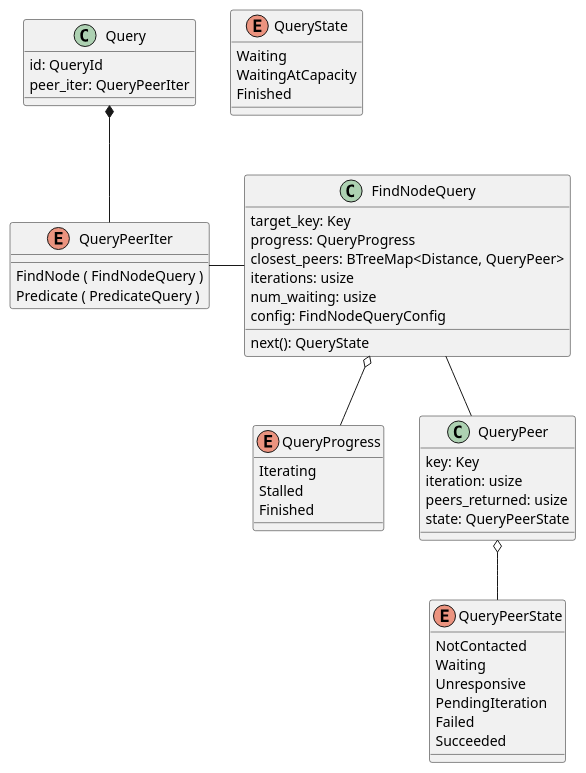
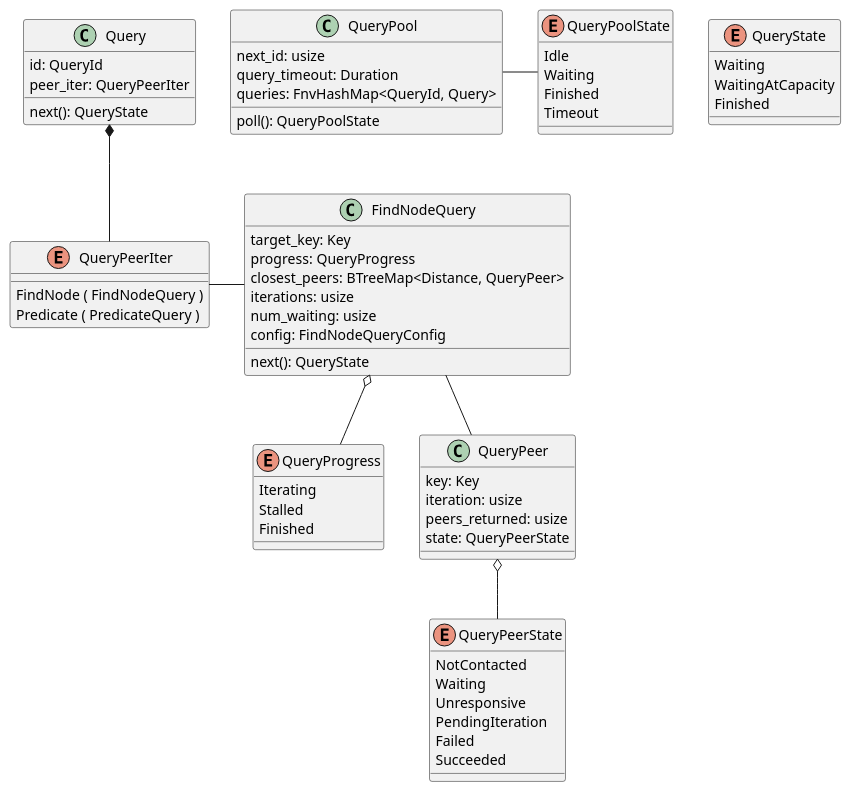
The diagram in lighthouse/structs.puml (ackintosh/sandbox), drawn with PlantUML before and after one commit. The commit also changed 2 other files, not shown here.

Commit message:
Add sequence diagram

```diff
--- a/lighthouse/structs.puml
+++ b/lighthouse/structs.puml
@@ -1,65 +1,79 @@
 @startuml
 
 class Query {
 	id: QueryId
 	peer_iter: QueryPeerIter
+
+	next(): QueryState
 }
-
 Query *-- QueryPeerIter
 
 enum QueryPeerIter {
 	FindNode ( FindNodeQuery )
 	Predicate ( PredicateQuery )
 }
-
 QueryPeerIter - FindNodeQuery
 'QueryPeerIter - PredicateQuery
 
 class FindNodeQuery {
 	target_key: Key
 	progress: QueryProgress
 	closest_peers: BTreeMap<Distance, QueryPeer>
 	iterations: usize
 	num_waiting: usize
 	config: FindNodeQueryConfig
 
 	next(): QueryState
 }
-
 FindNodeQuery o-- QueryProgress
 FindNodeQuery -- QueryPeer
 
 'class PredicateQuery {
 '}
 
 enum QueryProgress {
 	Iterating
 	Stalled
 	Finished
 }
 
 class QueryPeer {
 	key: Key
 	iteration: usize
 	peers_returned: usize
 	state: QueryPeerState
 }
-
 QueryPeer o-- QueryPeerState
 
 enum QueryPeerState {
 	NotContacted
 	Waiting
 	Unresponsive
 	PendingIteration
 	Failed
 	Succeeded
 }
 
 enum QueryState {
 	Waiting
 	WaitingAtCapacity
 	Finished
 }
 
+class QueryPool {
+	next_id: usize
+	query_timeout: Duration
+	queries: FnvHashMap<QueryId, Query>
+
+	poll(): QueryPoolState
+}
+QueryPool - QueryPoolState
+
+enum QueryPoolState {
+	Idle
+	Waiting
+	Finished
+	Timeout
+}
+
 @enduml
```
